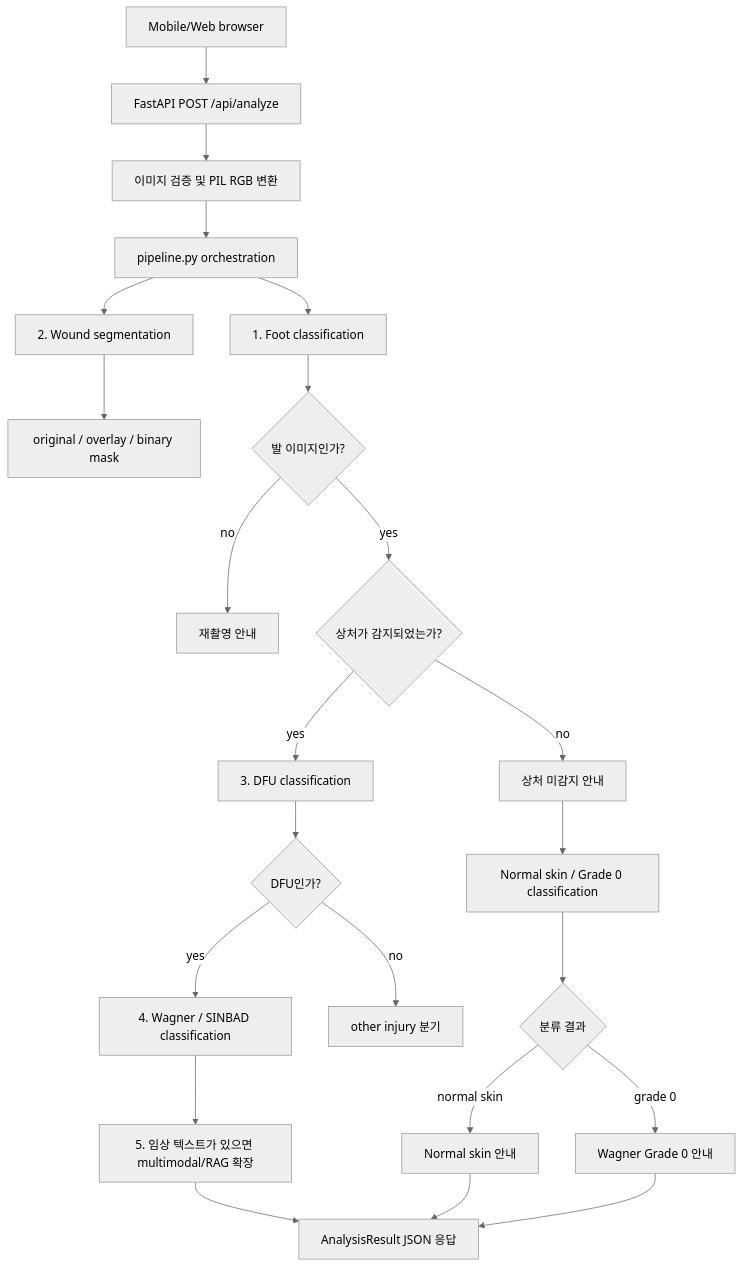
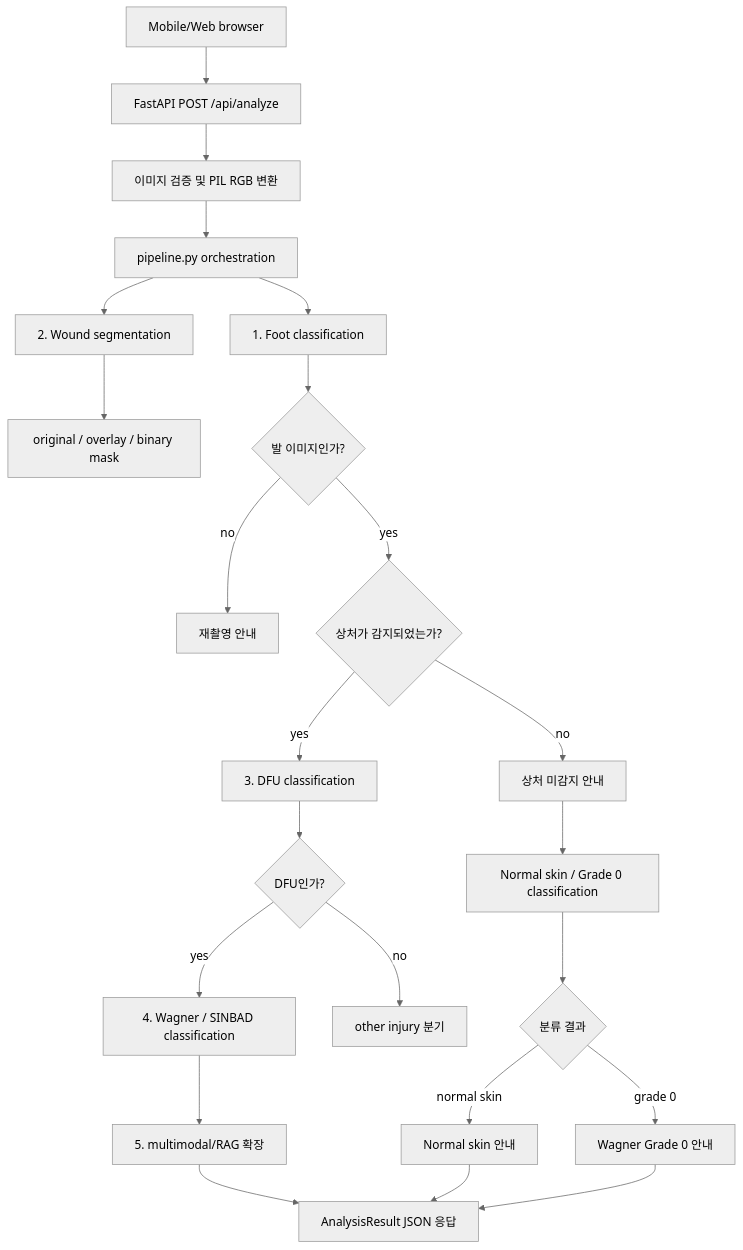
Before and after one commit to moses-song/dfu_model: the first of 2 diagrams in DFU_PROJECT.md, drawn with Mermaid (neutral theme). The commit also changed other lines of this file and 1 other file, not shown here.

Commit message:
Update DFU architecture docs

````diff
--- a/DFU_PROJECT.md
+++ b/DFU_PROJECT.md
@@ -24,28 +24,28 @@
 ```mermaid
 flowchart TD
   A["Mobile/Web browser"] --> B["FastAPI POST /api/analyze"]
   B --> C["이미지 검증 및 PIL RGB 변환"]
   C --> D["pipeline.py orchestration"]
   D --> E["1. Foot classification"]
   D --> F["2. Wound segmentation"]
   F --> G["original / overlay / binary mask"]
   E --> H{"발 이미지인가?"}
   H -->|no| I["재촬영 안내"]
   H -->|yes| J{"상처가 감지되었는가?"}
 
   J -->|no| K["상처 미감지 안내"]
   K --> K1["Normal skin / Grade 0 classification"]
   K1 --> K2{"분류 결과"}
   K2 -->|normal skin| K3["Normal skin 안내"]
   K2 -->|grade 0| K4["Wagner Grade 0 안내"]
 
   J -->|yes| L["3. DFU classification"]
   L --> M{"DFU인가?"}
   M -->|no| N["other injury 분기"]
   M -->|yes| O["4. Wagner / SINBAD classification"]
-  O --> P["5. 임상 텍스트가 있으면 multimodal/RAG 확장"]
+  O --> P["5. multimodal/RAG 확장"]
   P --> Q["AnalysisResult JSON 응답"]
 
   K3 --> Q
   K4 --> Q
 ```
````
